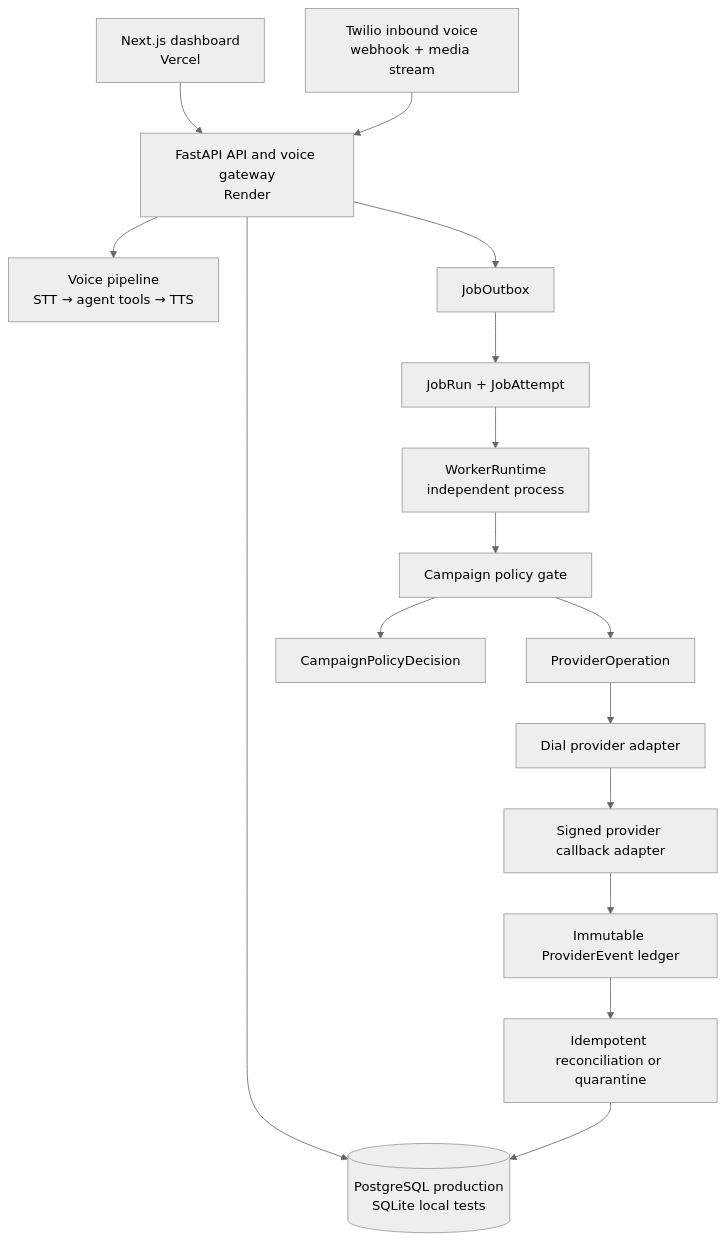
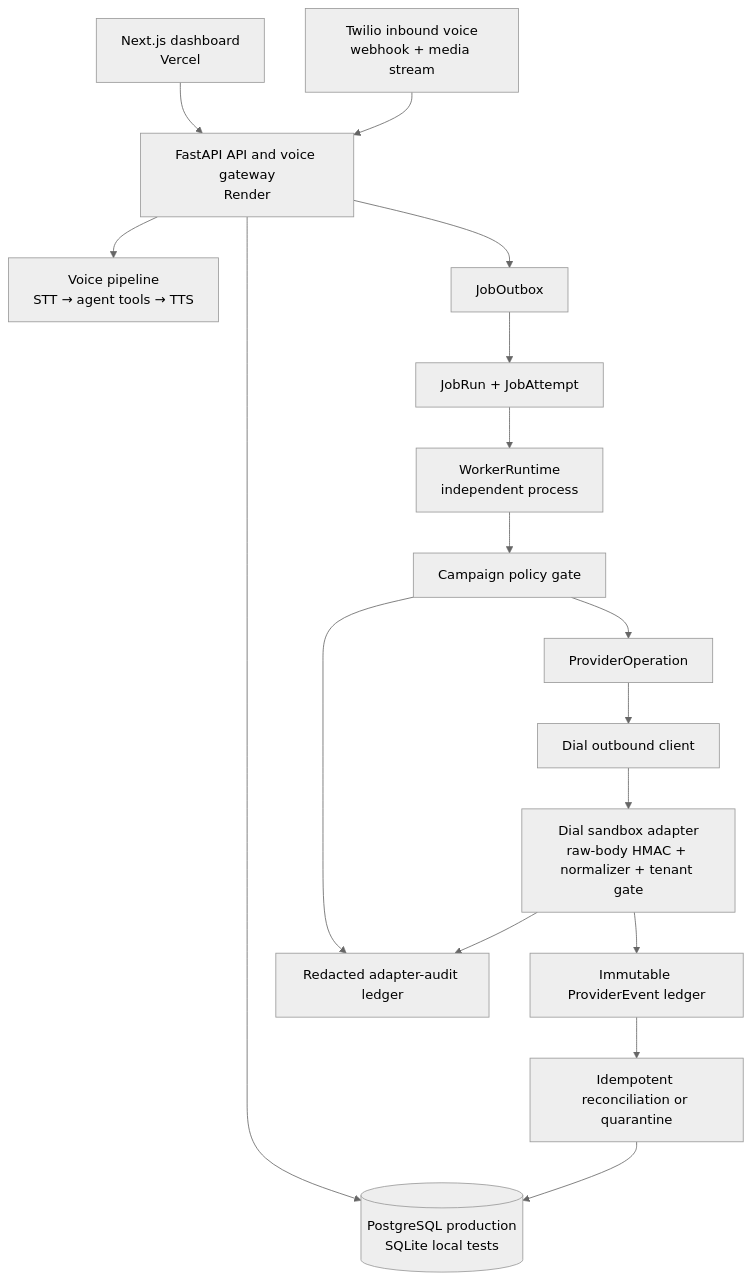
Before and after one commit to jeevesh2515/voxflow-voice-agent: the first of 2 diagrams in ARCHITECTURE.md, drawn with Mermaid (neutral theme). The commit also changed other lines of this file and 23 other files, not shown here.

Commit message:
feat: certify Dial sandbox callback adapter

````diff
--- a/ARCHITECTURE.md
+++ b/ARCHITECTURE.md
@@ -11,18 +11,19 @@
 ```mermaid
 flowchart TB
     Browser[Next.js dashboard\nVercel] --> API
     Twilio[Twilio inbound voice\nwebhook + media stream] --> API[FastAPI API and voice gateway\nRender]
     API --> Voice[Voice pipeline\nSTT → agent tools → TTS]
     API --> DB[(PostgreSQL production\nSQLite local tests)]
     API --> Outbox[JobOutbox]
     Outbox --> Ledger[JobRun + JobAttempt]
     Ledger --> Worker[WorkerRuntime\nindependent process]
     Worker --> Gate[Campaign policy gate]
     Gate --> Audit[CampaignPolicyDecision]
     Gate --> ProviderOp[ProviderOperation]
-    ProviderOp --> Dial[Dial provider adapter]
-    Dial --> Callback[Signed provider callback adapter]
+    ProviderOp --> Dial[Dial outbound client]
+    Dial --> Callback[Dial sandbox adapter\nraw-body HMAC + normalizer + tenant gate]
+    Callback --> Audit[Redacted adapter-audit ledger]
     Callback --> Events[Immutable ProviderEvent ledger]
     Events --> Recon[Idempotent reconciliation or quarantine]
     Recon --> DB
 ```
````
